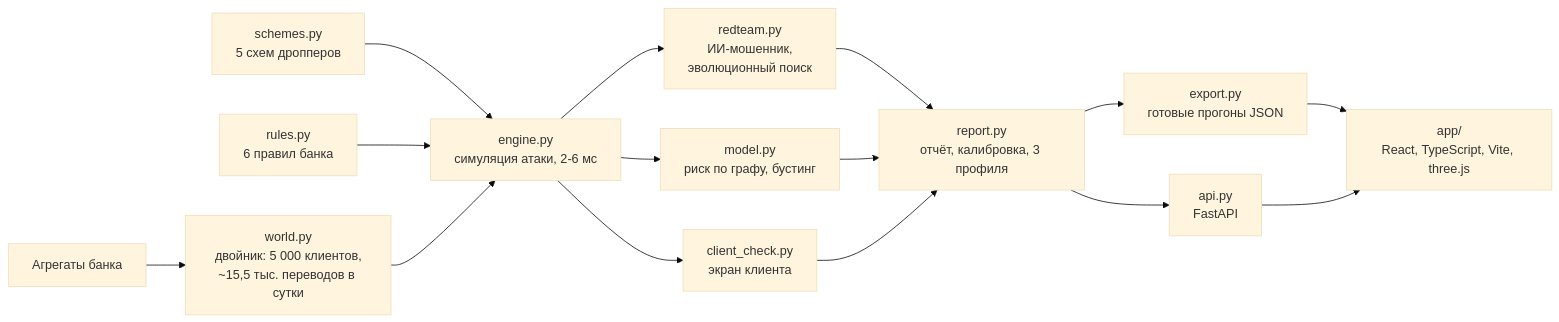
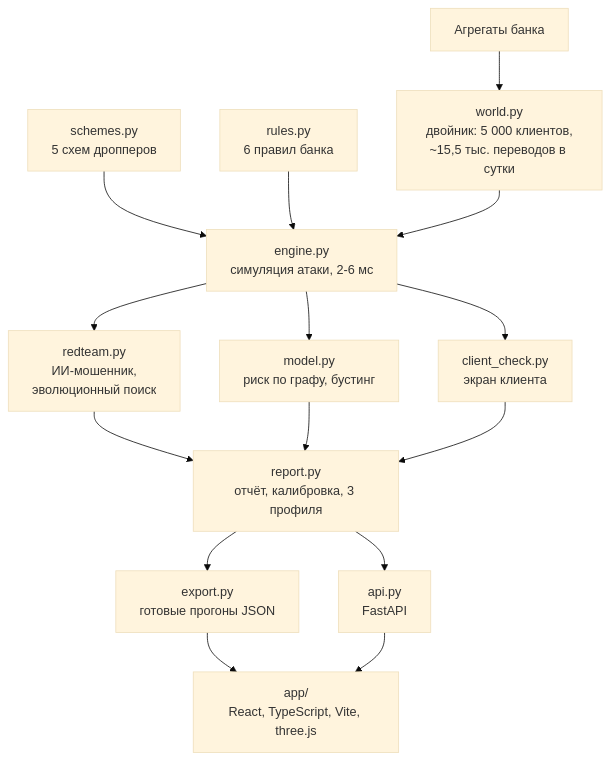
One commit to shadix23/fraud-twin changed the diagram in README.md. Above: the diagram before and after it, drawn with Mermaid (base theme).

Commit message:
README: architecture diagram top-down

````diff
--- a/README.md
+++ b/README.md
@@ -96,17 +96,17 @@
 ```mermaid
-flowchart LR
+flowchart TB
   AGG["Агрегаты банка"] --> WORLD["world.py<br>двойник: 5 000 клиентов,<br>~15,5 тыс. переводов в сутки"]
   SCH["schemes.py<br>5 схем дропперов"] --> ENG
   RUL["rules.py<br>6 правил банка"] --> ENG
   WORLD --> ENG["engine.py<br>симуляция атаки, 2-6 мс"]
   ENG --> RED["redteam.py<br>ИИ-мошенник,<br>эволюционный поиск"]
   ENG --> MOD["model.py<br>риск по графу, бустинг"]
   ENG --> CLI["client_check.py<br>экран клиента"]
   RED --> REP["report.py<br>отчёт, калибровка, 3 профиля"]
   MOD --> REP
   CLI --> REP
   REP --> EXP["export.py<br>готовые прогоны JSON"]
   REP --> API["api.py<br>FastAPI"]
   EXP --> APP["app/<br>React, TypeScript, Vite, three.js"]
   API --> APP
 ```
````
